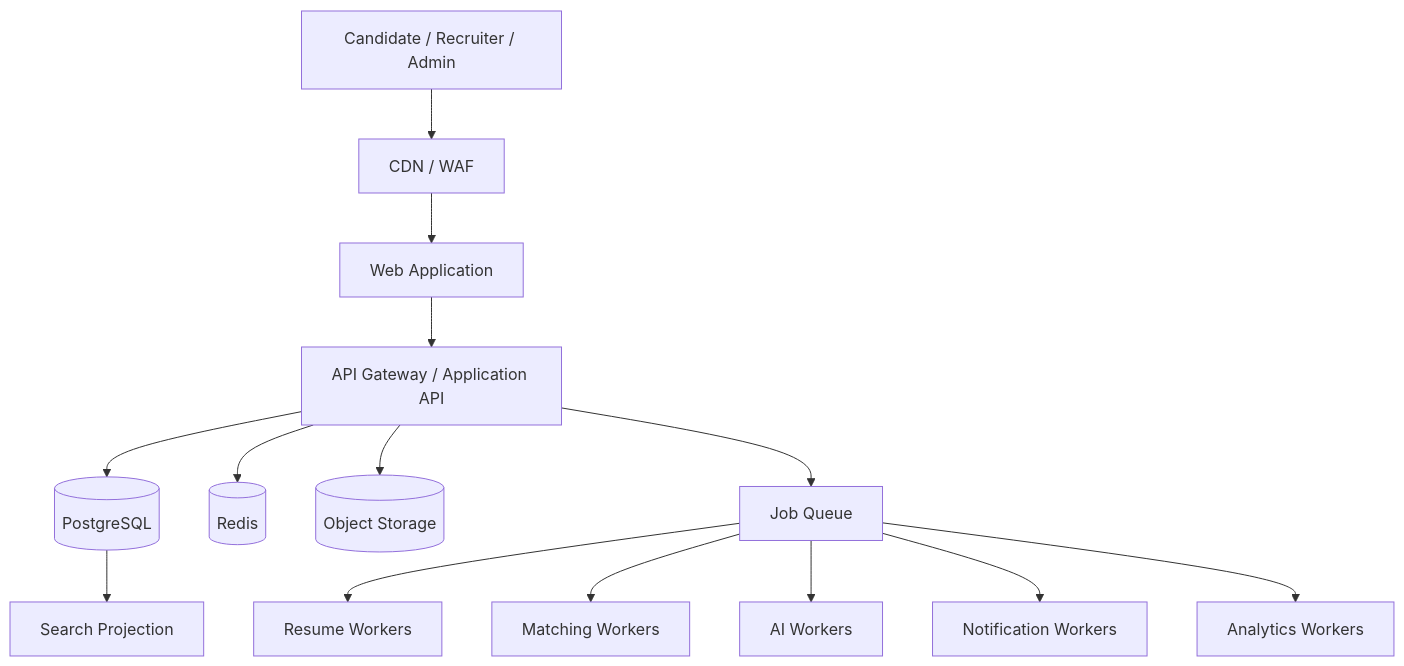
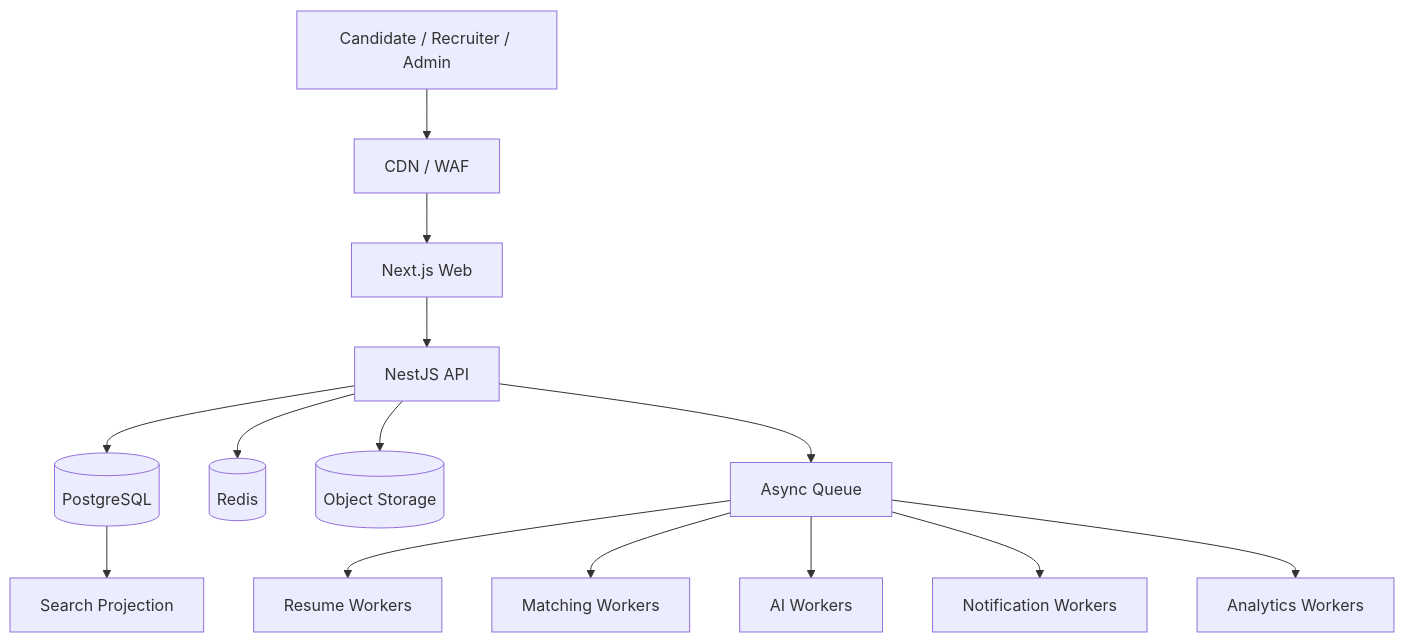
The diagram in README.md (YounasKhan2/talent-network), drawn with Mermaid before and after one commit. The commit also changed other lines of this file, not shown here.

````diff
--- a/README.md
+++ b/README.md
@@ -61,19 +69,19 @@
 ```mermaid
 flowchart TD
     U[Candidate / Recruiter / Admin] --> CDN[CDN / WAF]
-    CDN --> WEB[Web Application]
-    WEB --> API[API Gateway / Application API]
+    CDN --> WEB[Next.js Web]
+    WEB --> API[NestJS API]
 
     API --> PG[(PostgreSQL)]
     API --> REDIS[(Redis)]
     API --> OBJ[(Object Storage)]
-    API --> Q[Job Queue]
+    API --> Q[Async Queue]
 
     Q --> RW[Resume Workers]
     Q --> MW[Matching Workers]
     Q --> AIW[AI Workers]
     Q --> NW[Notification Workers]
     Q --> AW[Analytics Workers]
 
     PG --> SEARCH[Search Projection]
 ```
````
